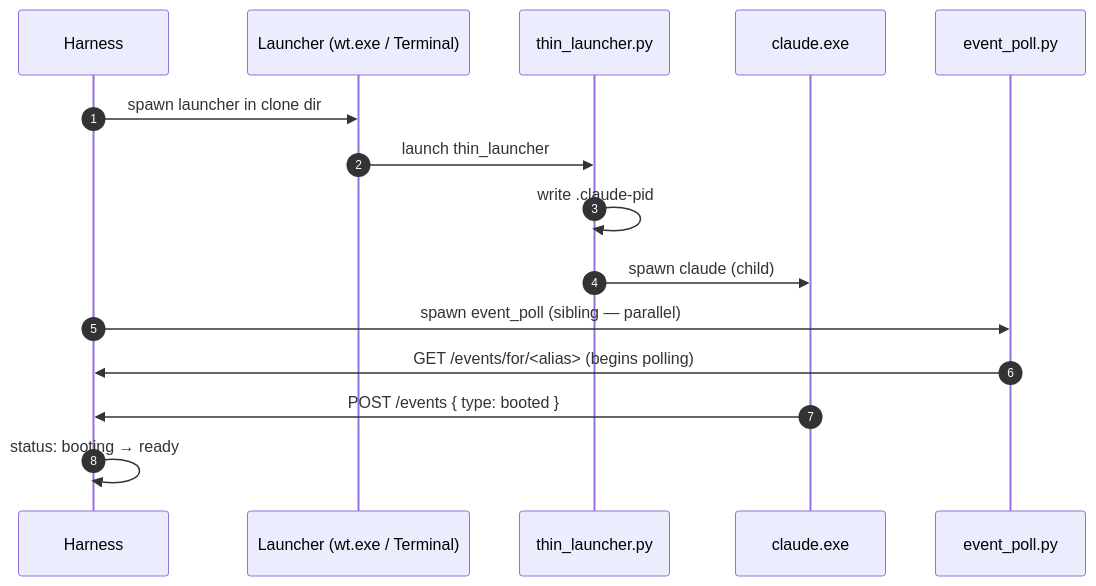
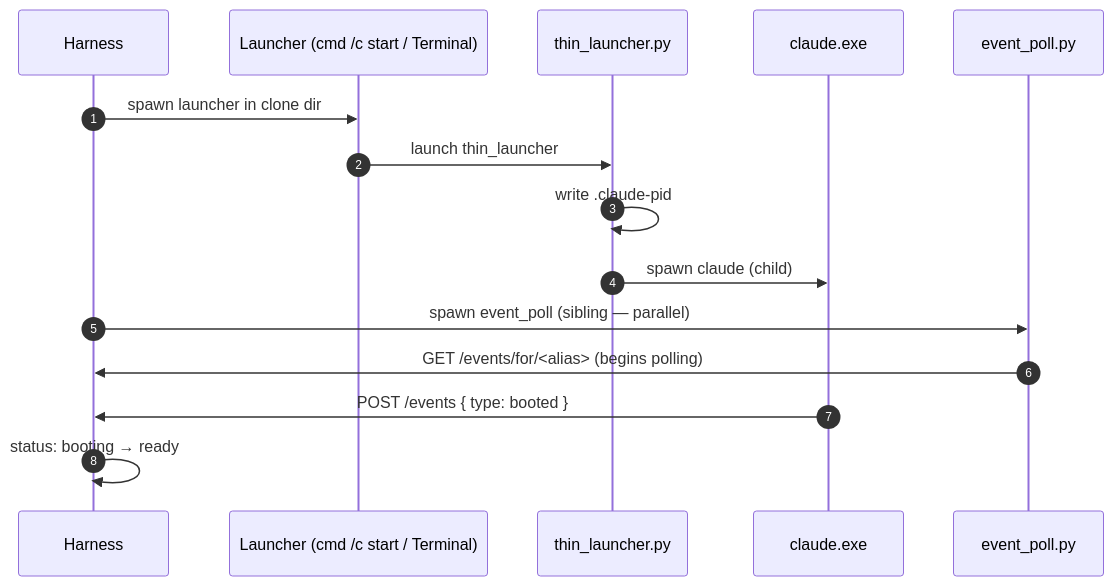
Before and after one commit to WallyDoodlez/SquidSquad: the first of 3 diagrams in docs/HARNESS-ARCH.md, drawn with Mermaid. The commit also changed other lines of this file, not shown here.

First line of the commit message:
docs(HARNESS-ARCH v21): de-proposed §14 + clear residual wt.exe drift (operator flagged)

````diff
--- a/docs/HARNESS-ARCH.md
+++ b/docs/HARNESS-ARCH.md
@@ -266,17 +266,17 @@
 ```mermaid
 sequenceDiagram
     autonumber
     participant H as Harness
-    participant L as Launcher (wt.exe / Terminal)
+    participant L as Launcher (cmd /c start / Terminal)
     participant TL as thin_launcher.py
     participant C as claude.exe
     participant EP as event_poll.py
     H->>L: spawn launcher in clone dir
     L->>TL: launch thin_launcher
     TL->>TL: write .claude-pid
     TL->>C: spawn claude (child)
     H->>EP: spawn event_poll (sibling — parallel)
     EP->>H: GET /events/for/<alias> (begins polling)
     C->>H: POST /events { type: booted }
     H->>H: status: booting → ready
 ```
````
